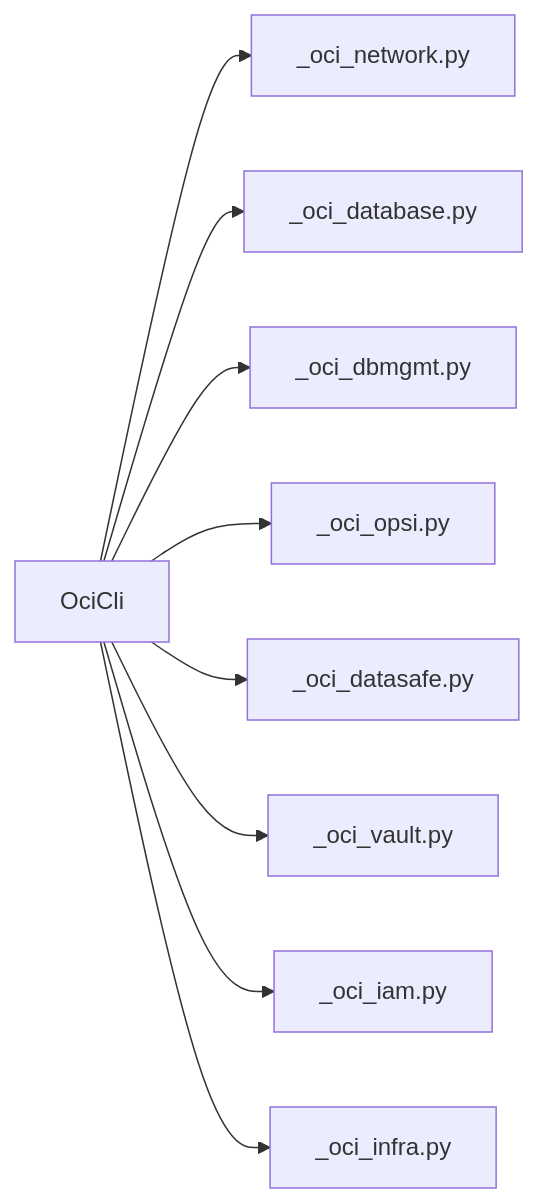
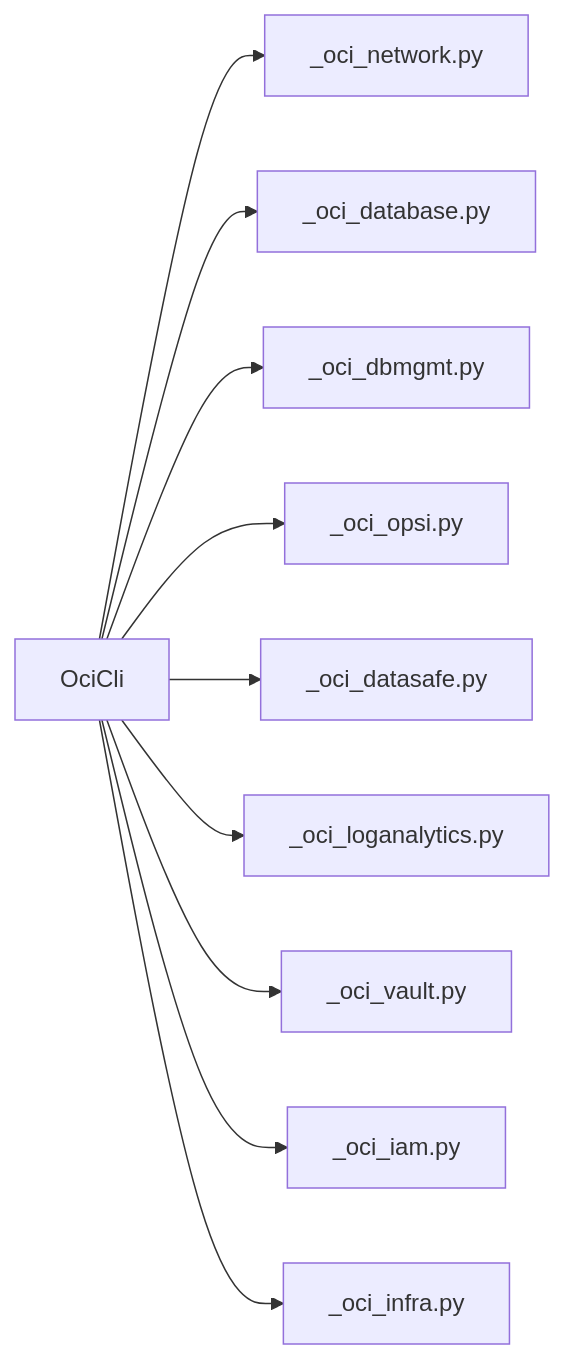
Before and after one commit to adibirzu/oci-dbman-opsi: the fourth of 11 diagrams in docs/architecture.md, drawn with Mermaid. The commit also changed other lines of this file and 154 other files, not shown here.

````diff
--- a/docs/architecture.md
+++ b/docs/architecture.md
@@ -82,11 +129,12 @@
 ```mermaid
 flowchart LR
   OciCli["OciCli"] --> Network["_oci_network.py"]
   OciCli --> Database["_oci_database.py"]
   OciCli --> Dbmgmt["_oci_dbmgmt.py"]
   OciCli --> Opsi["_oci_opsi.py"]
   OciCli --> DataSafe["_oci_datasafe.py"]
+  OciCli --> LogAnalytics["_oci_loganalytics.py"]
   OciCli --> Vault["_oci_vault.py"]
   OciCli --> Iam["_oci_iam.py"]
   OciCli --> Infra["_oci_infra.py"]
 ```
````
